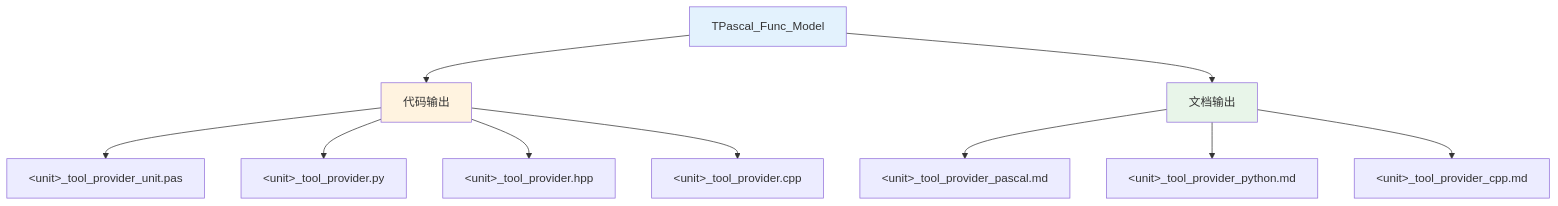
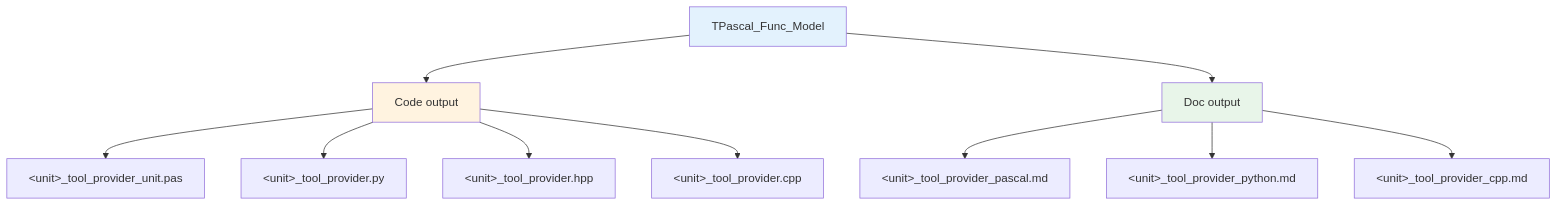
One commit to PassByYou888/LingoFuse-Tools changed the fifth of 15 diagrams in src/pascal_c_to_mcp/code_decl_to_mcp_knowledge_base.md. Above: the diagram before and after it, drawn with Mermaid. The commit also changed other lines of this file, not shown here.

````diff
--- a/src/pascal_c_to_mcp/code_decl_to_mcp_knowledge_base.md
+++ b/src/pascal_c_to_mcp/code_decl_to_mcp_knowledge_base.md
@@ -345,19 +345,19 @@
 ```mermaid
 flowchart TD
     M["TPascal_Func_Model"]
-    M --> CO["代码输出"]
-    M --> DO["文档输出"]
+    M --> CO["Code output"]
+    M --> DO["Doc output"]
 
     CO --> C1["&lt;unit&gt;_tool_provider_unit.pas"]
     CO --> C2["&lt;unit&gt;_tool_provider.py"]
     CO --> C3["&lt;unit&gt;_tool_provider.hpp"]
     CO --> C4["&lt;unit&gt;_tool_provider.cpp"]
 
     DO --> D1["&lt;unit&gt;_tool_provider_pascal.md"]
     DO --> D2["&lt;unit&gt;_tool_provider_python.md"]
     DO --> D3["&lt;unit&gt;_tool_provider_cpp.md"]
 
     style M fill:#e3f2fd
     style CO fill:#fff3e0
     style DO fill:#e8f5e9
 ```
````
